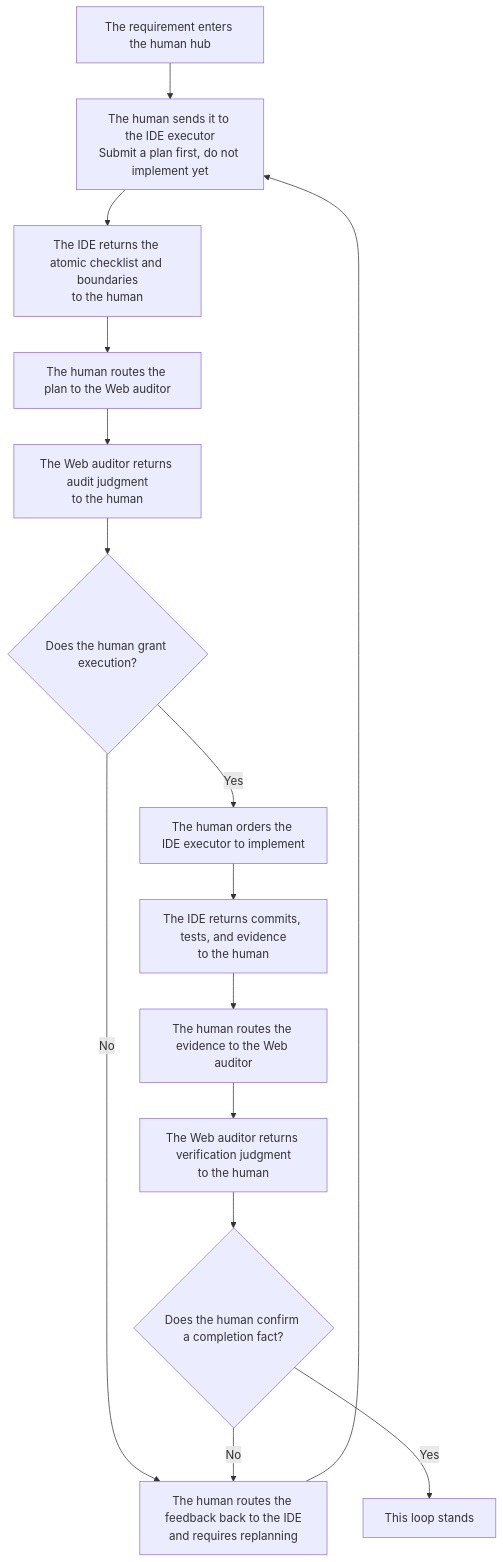
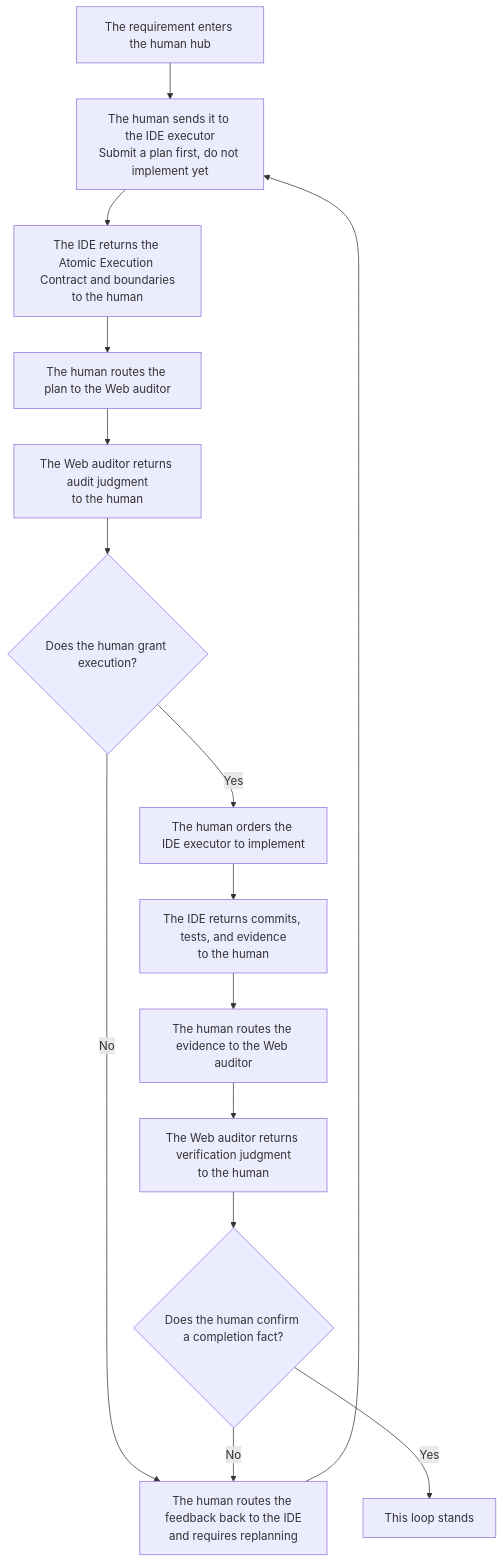
Before and after one commit to blackzhanzhan/Cyber-Ming-Protocol: the diagram in wiki-en/02-how/minimal-loop.md, drawn with Mermaid. The commit also changed other lines of this file and 10 other files, not shown here.

First line of the commit message:
Recast atomic checklist as execution contract

````diff
--- a/wiki-en/02-how/minimal-loop.md
+++ b/wiki-en/02-how/minimal-loop.md
@@ -47,17 +47,17 @@
 ```mermaid
 flowchart TD
     A[The requirement enters the human hub] --> B[The human sends it to the IDE executor<br/>Submit a plan first, do not implement yet]
-    B --> C[The IDE returns the atomic checklist and boundaries<br/>to the human]
+    B --> C[The IDE returns the Atomic Execution Contract and boundaries<br/>to the human]
     C --> D[The human routes the plan to the Web auditor]
     D --> E[The Web auditor returns audit judgment<br/>to the human]
     E --> F{Does the human grant execution?}
     F -- No --> G[The human routes the feedback back to the IDE<br/>and requires replanning]
     G --> B
     F -- Yes --> H[The human orders the IDE executor to implement]
     H --> I[The IDE returns commits, tests, and evidence<br/>to the human]
     I --> J[The human routes the evidence to the Web auditor]
     J --> K[The Web auditor returns verification judgment<br/>to the human]
     K --> L{Does the human confirm a completion fact?}
     L -- No --> G
     L -- Yes --> M[This loop stands]
 ```
````
